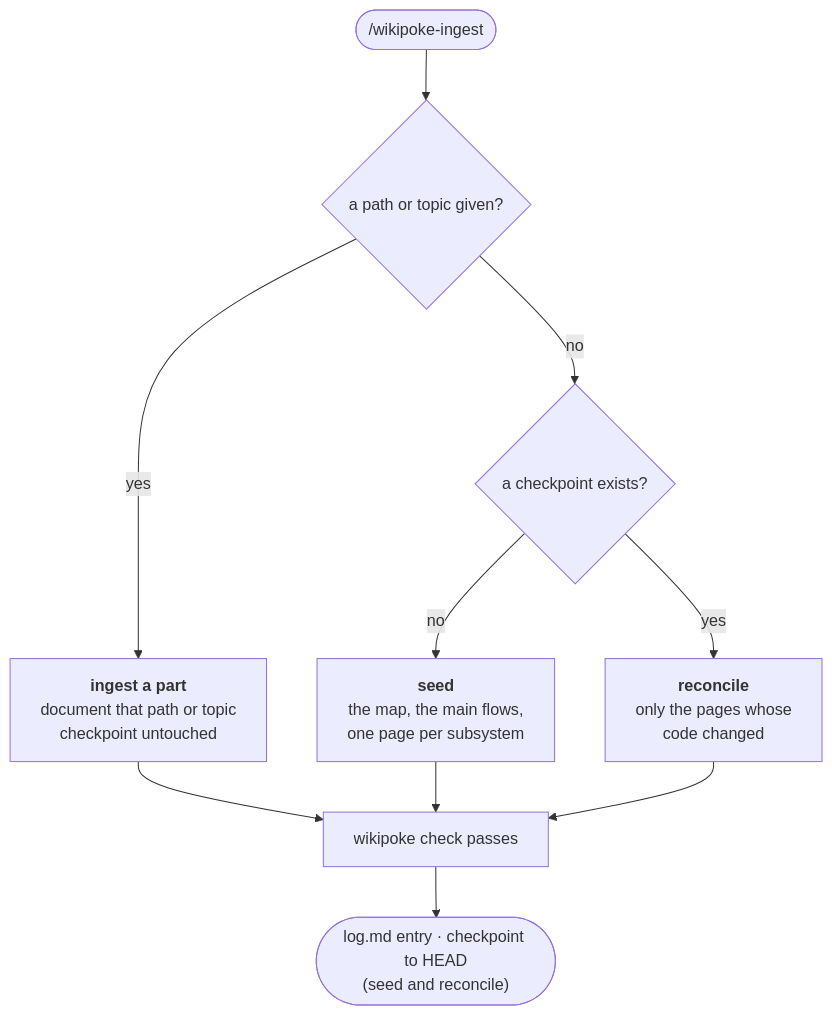
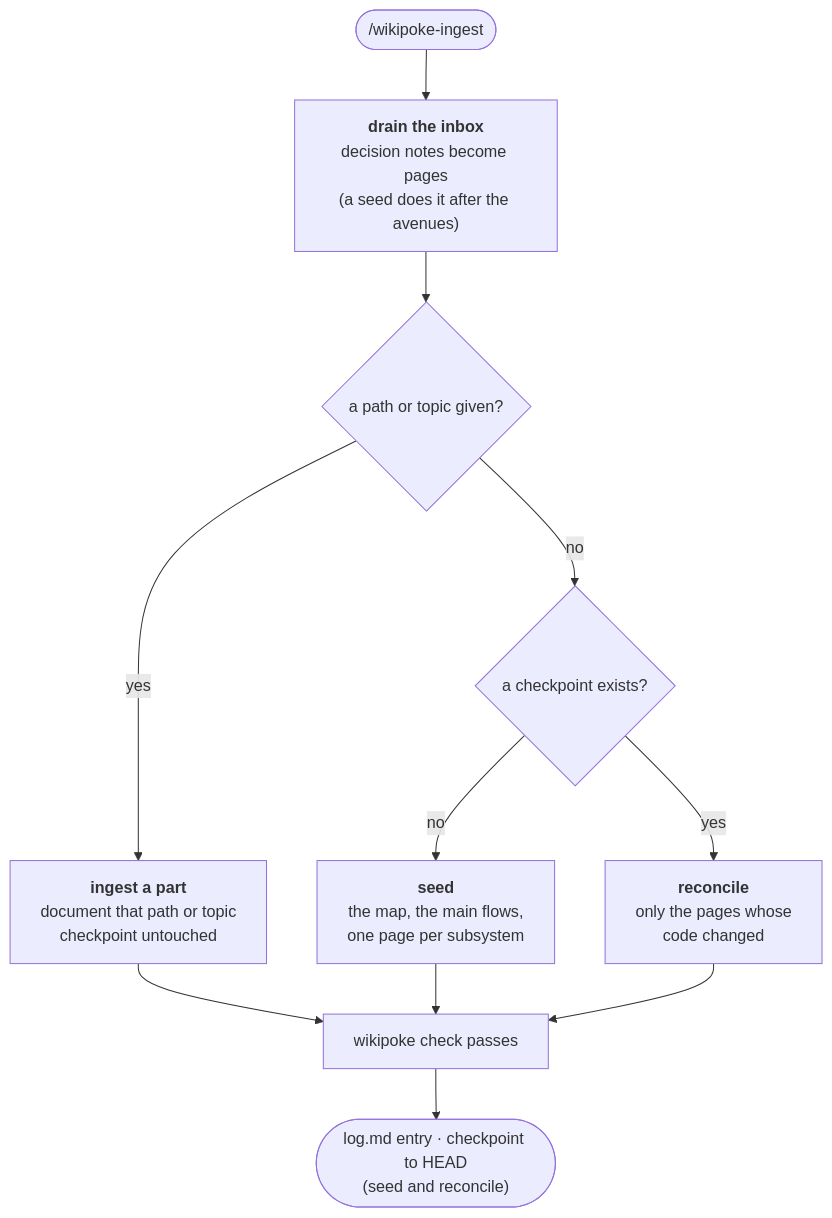
One commit to webreactiva/wikipoke changed the third of 3 diagrams in README.md. Above: the diagram before and after it, drawn with Mermaid. The commit also changed other lines of this file, not shown here.

````diff
--- a/README.md
+++ b/README.md
@@ -361,12 +390,13 @@
 ```mermaid
 flowchart TD
-    run(["/wikipoke-ingest"]) --> arg{"a path or topic given?"}
+    run(["/wikipoke-ingest"]) --> inbox["<b>drain the inbox</b><br/>decision notes become pages<br/>(a seed does it after the avenues)"]
+    inbox --> arg{"a path or topic given?"}
     arg -- yes --> part["<b>ingest a part</b><br/>document that path or topic<br/>checkpoint untouched"]
     arg -- no --> state{"a checkpoint exists?"}
     state -- no --> seed["<b>seed</b><br/>the map, the main flows,<br/>one page per subsystem"]
     state -- yes --> reconcile["<b>reconcile</b><br/>only the pages whose<br/>code changed"]
     part --> verify["wikipoke check passes"]
     seed --> verify
     reconcile --> verify
     verify --> done(["log.md entry · checkpoint to HEAD<br/>(seed and reconcile)"])
 ```
````
